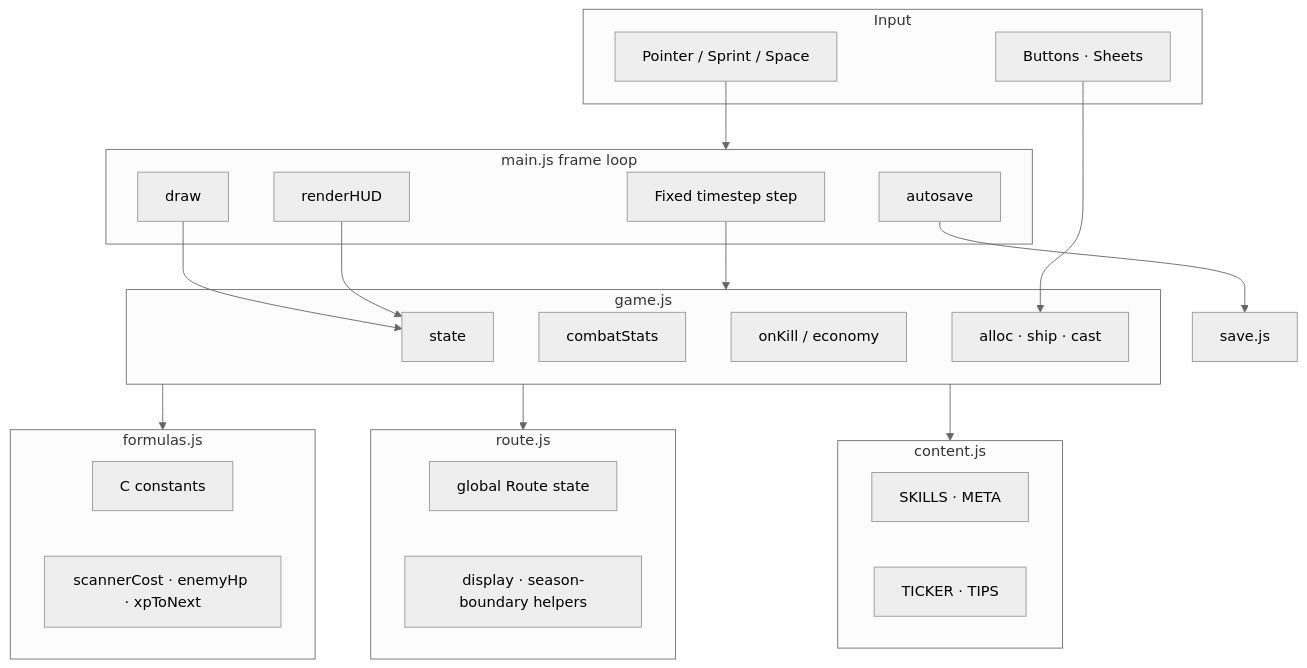
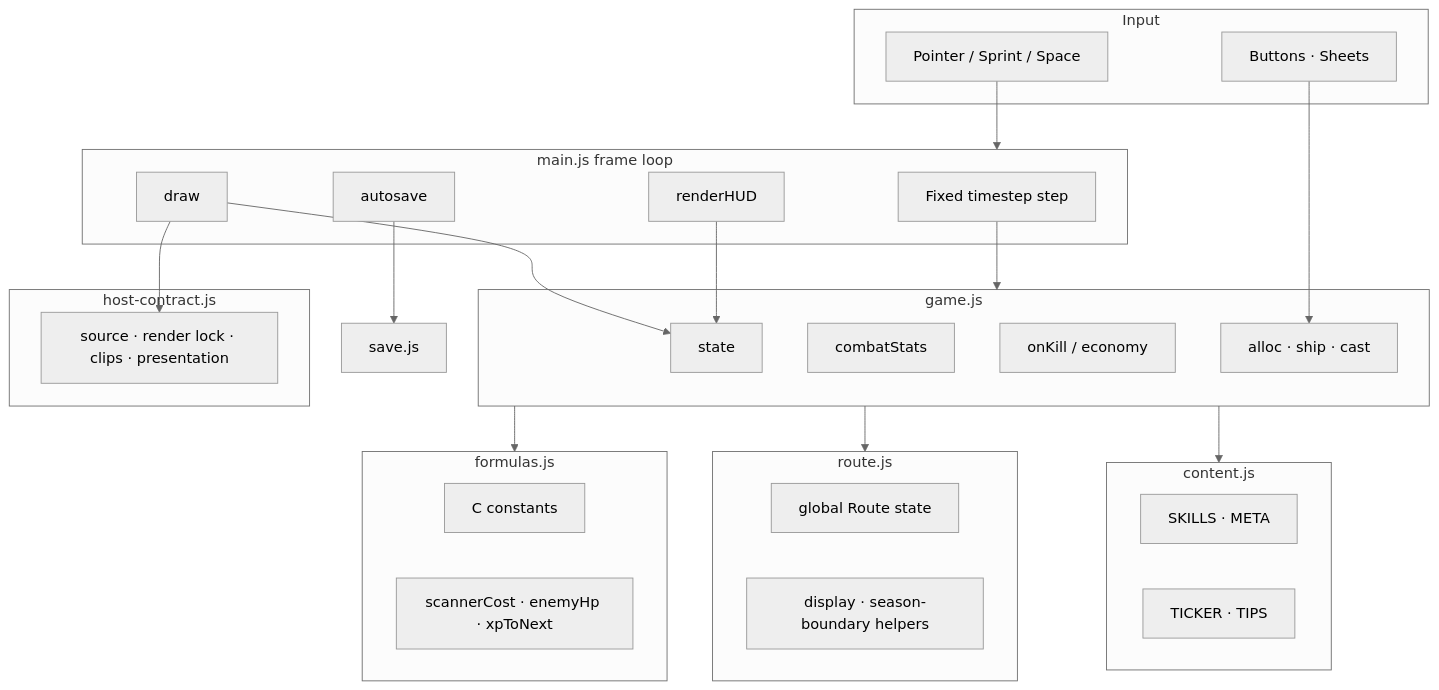
Before and after one commit to YubenTT/apn-idle-game: the diagram in docs/ARCHITECTURE.md, drawn with Mermaid (neutral theme). The commit also changed other lines of this file and 23 other files, not shown here.

````diff
--- a/docs/ARCHITECTURE.md
+++ b/docs/ARCHITECTURE.md
@@ -15,46 +15,51 @@
 ```mermaid
 flowchart TB
   subgraph Input
     P[Pointer / Sprint / Space]
     B[Buttons · Sheets]
   end
 
   subgraph Loop["main.js frame loop"]
     FT[Fixed timestep step]
     DR[draw]
     HUD[renderHUD]
     SV[autosave]
   end
 
   subgraph Domain["game.js"]
     ST[state]
     CS[combatStats]
     OK[onKill / economy]
     AC[alloc · ship · cast]
   end
 
   subgraph Pure["formulas.js"]
     C[C constants]
     FN[scannerCost · enemyHp · xpToNext]
   end
 
   subgraph Route["route.js"]
     RS[global Route state]
     RF[display · season-boundary helpers]
   end
 
   subgraph Data["content.js"]
     SK[SKILLS · META]
     TK[TICKER · TIPS]
   end
 
+  subgraph Host["host-contract.js"]
+    HC[source · render lock · clips · presentation]
+  end
+
   P --> Loop
   B --> AC
   FT --> Domain
   Domain --> Pure
   Domain --> Route
   Domain --> Data
+  DR --> HC
   DR --> ST
   HUD --> ST
   SV --> save.js
 ```
````
